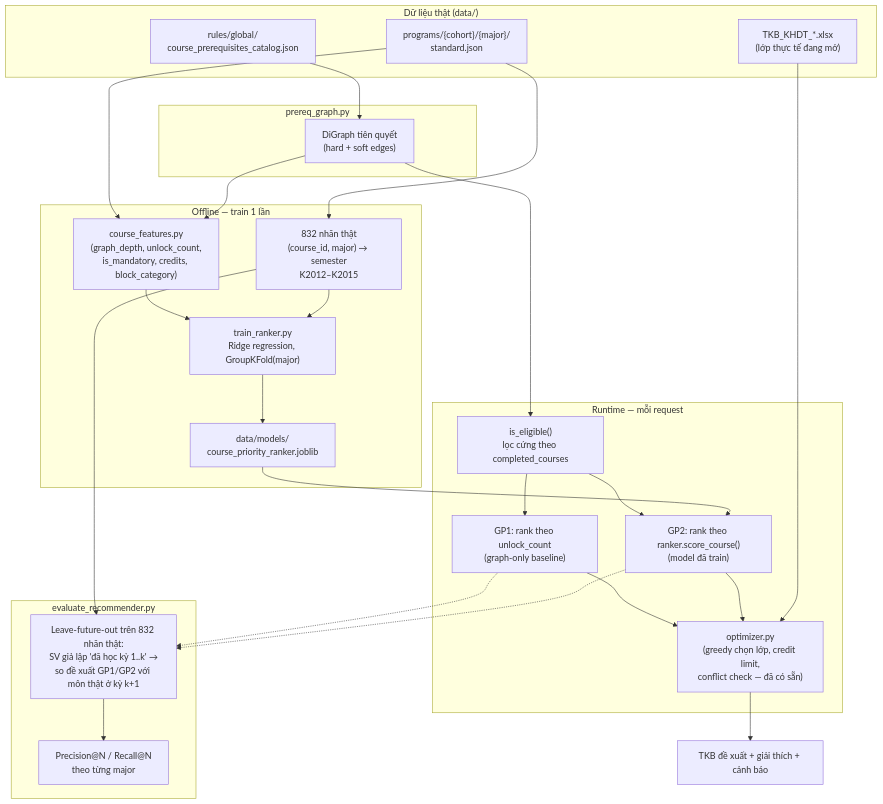
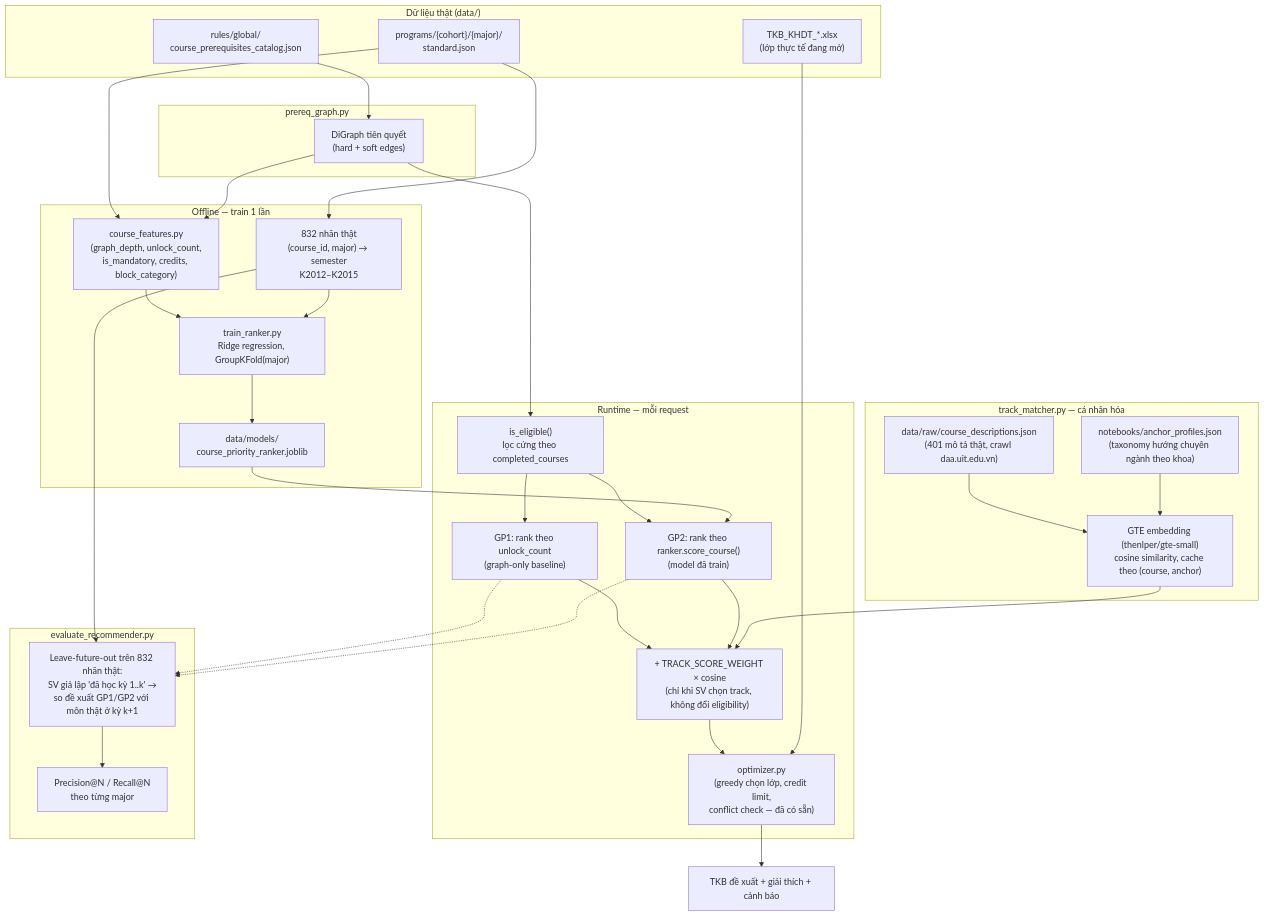
One commit to tuandm203/IT2041.CH201 changed the diagram in docs/system_design.md. Above: the diagram before and after it, drawn with Mermaid. The commit also changed other lines of this file, not shown here.

First line of the commit message:
docs: update system_design.md for Phase 2 completion and data fix

````diff
--- a/docs/system_design.md
+++ b/docs/system_design.md
@@ -51,52 +51,64 @@
 ```mermaid
 flowchart TB
     subgraph DATA["Dữ liệu thật (data/)"]
         RULES["rules/global/\ncourse_prerequisites_catalog.json"]
         PROGRAMS["programs/{cohort}/{major}/\nstandard.json"]
         TKB["TKB_KHDT_*.xlsx\n(lớp thực tế đang mở)"]
     end
 
     subgraph GRAPH["prereq_graph.py"]
         G["DiGraph tiên quyết\n(hard + soft edges)"]
     end
 
     subgraph TRAIN["Offline — train 1 lần"]
         FEAT["course_features.py\n(graph_depth, unlock_count,\nis_mandatory, credits, block_category)"]
         LABELS["832 nhãn thật\n(course_id, major) → semester\nK2012–K2015"]
         RANKER_TRAIN["train_ranker.py\nRidge regression, GroupKFold(major)"]
         ARTIFACT["data/models/\ncourse_priority_ranker.joblib"]
     end
 
+    subgraph TRACK["track_matcher.py — cá nhân hóa"]
+        DESC["data/raw/course_descriptions.json\n(401 mô tả thật, crawl daa.uit.edu.vn)"]
+        ANCHOR["notebooks/anchor_profiles.json\n(taxonomy hướng chuyên ngành theo khoa)"]
+        GTE["GTE embedding (thenlper/gte-small)\ncosine similarity, cache theo (course, anchor)"]
+    end
+
     subgraph SERVE["Runtime — mỗi request"]
         ELIG["is_eligible()\nlọc cứng theo completed_courses"]
         GP1["GP1: rank theo unlock_count\n(graph-only baseline)"]
         GP2["GP2: rank theo ranker.score_course()\n(model đã train)"]
+        BLEND["+ TRACK_SCORE_WEIGHT × cosine\n(chỉ khi SV chọn track, không đổi eligibility)"]
         OPT["optimizer.py\n(greedy chọn lớp, credit limit,\nconflict check — đã có sẵn)"]
     end
 
     RULES --> G
     PROGRAMS --> LABELS
     PROGRAMS --> FEAT
     G --> FEAT
     FEAT --> RANKER_TRAIN
     LABELS --> RANKER_TRAIN
     RANKER_TRAIN --> ARTIFACT
 
+    DESC --> GTE
+    ANCHOR --> GTE
+
     G --> ELIG
     ELIG --> GP1
     ELIG --> GP2
     ARTIFACT --> GP2
-    GP1 --> OPT
-    GP2 --> OPT
+    GP1 --> BLEND
+    GP2 --> BLEND
+    GTE --> BLEND
+    BLEND --> OPT
     TKB --> OPT
     OPT --> OUT["TKB đề xuất + giải thích + cảnh báo"]
 
     subgraph EVAL["evaluate_recommender.py"]
         LOO["Leave-future-out trên 832 nhãn thật:\nSV giả lập 'đã học kỳ 1..k' →\nso đề xuất GP1/GP2 với môn thật ở kỳ k+1"]
         METRICS["Precision@N / Recall@N\ntheo từng major"]
     end
     LABELS --> LOO
     GP1 -.-> LOO
     GP2 -.-> LOO
     LOO --> METRICS
 ```
````
